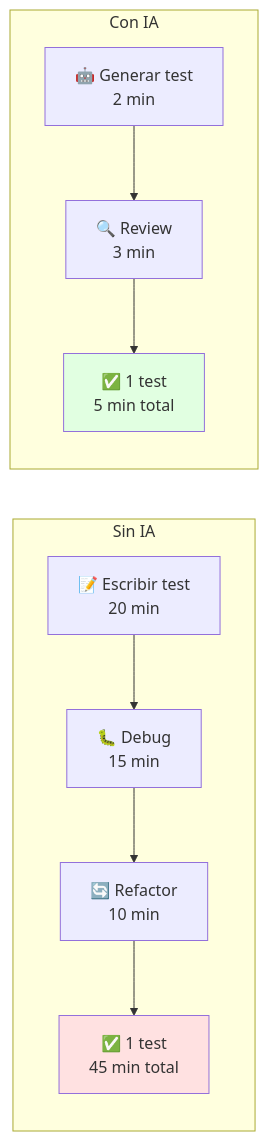
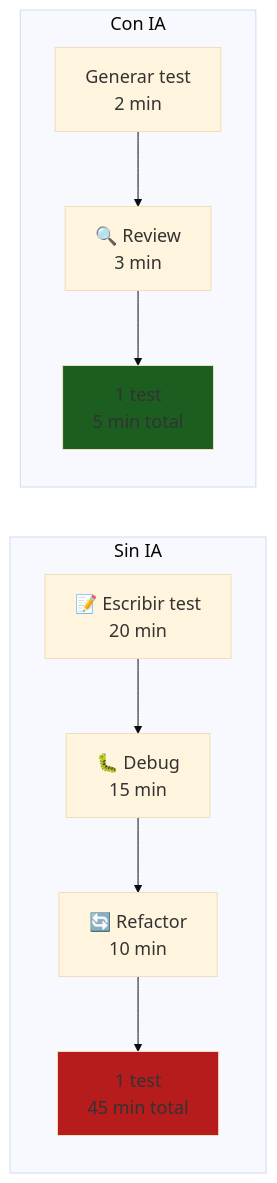
The diagram in courses/🟡-development/FPUNA-2026/01-DESARROLLO-SOFTWARE/especializaciones/qa-automation/05-ia-para-qa.md (Ai-Whisperers/Courses-Content), drawn with Mermaid before and after one commit. The commit also changed 47 other files, not shown here.

First line of the commit message:
fix: Make all 473 diagrams WCAG AAA accessible (FPUNA-2026)

````diff
--- a/courses/🟡-development/FPUNA-2026/01-DESARROLLO-SOFTWARE/especializaciones/qa-automation/05-ia-para-qa.md
+++ b/courses/🟡-development/FPUNA-2026/01-DESARROLLO-SOFTWARE/especializaciones/qa-automation/05-ia-para-qa.md
@@ -33,16 +33,17 @@
 ```mermaid
+%%{init: {'theme':'base', 'themeVariables': {'fontSize':'18px'}}}%%
 graph LR
     subgraph "Sin IA"
         A1[📝 Escribir test<br/>20 min] --> A2[🐛 Debug<br/>15 min]
         A2 --> A3[🔄 Refactor<br/>10 min]
-        A3 --> A4[✅ 1 test<br/>45 min total]
+        A3 --> A4[1 test<br/>45 min total]
     end
     
     subgraph "Con IA"
-        B1[🤖 Generar test<br/>2 min] --> B2[🔍 Review<br/>3 min]
-        B2 --> B3[✅ 1 test<br/>5 min total]
+        B1[Generar test<br/>2 min] --> B2[🔍 Review<br/>3 min]
+        B2 --> B3[1 test<br/>5 min total]
     end
     
-    style A4 fill:#FFE1E1
-    style B3 fill:#E1FFE1
+    style A4 fill:#b71c1c
+    style B3 fill:#1b5e20
 ```
````
